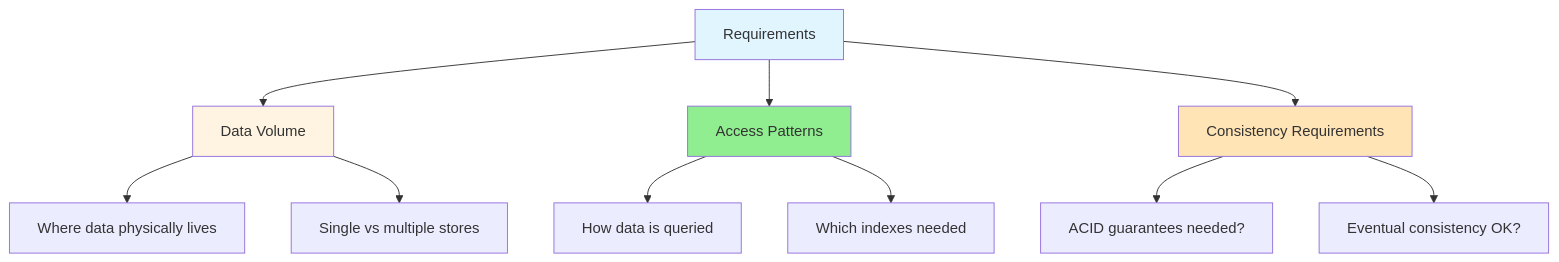
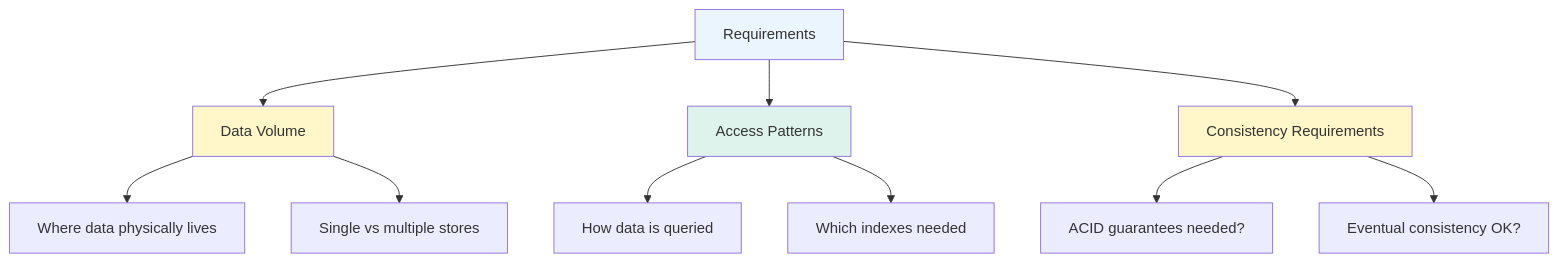
Before and after one commit to cartmancodes/InterviewVault: the tenth of 27 diagrams in LLD/CoreConcepts/DataModelling.md, drawn with Mermaid. The commit also changed other lines of this file and 679 other files, not shown here.

Commit message:
Unify content diagrams and add accessible visual walkthroughs

````diff
--- a/LLD/CoreConcepts/DataModelling.md
+++ b/LLD/CoreConcepts/DataModelling.md
@@ -443,22 +443,22 @@
 ```mermaid
 flowchart TB
     REQ[Requirements]
     
     REQ --> VOL[Data Volume]
     REQ --> ACCESS[Access Patterns]
     REQ --> CONS[Consistency Requirements]
     
     VOL --> VOL1[Where data physically lives]
     VOL --> VOL2[Single vs multiple stores]
     
     ACCESS --> ACC1[How data is queried]
     ACCESS --> ACC2[Which indexes needed]
     
     CONS --> CON1[ACID guarantees needed?]
     CONS --> CON2[Eventual consistency OK?]
     
-    style REQ fill:#e1f5ff
-    style VOL fill:#fff4e1
-    style ACCESS fill:#90EE90
-    style CONS fill:#FFE4B5
+    style REQ fill:#EAF5FD
+    style VOL fill:#FFF6C9
+    style ACCESS fill:#DDF3EC
+    style CONS fill:#FFF6C9
 ```
````
